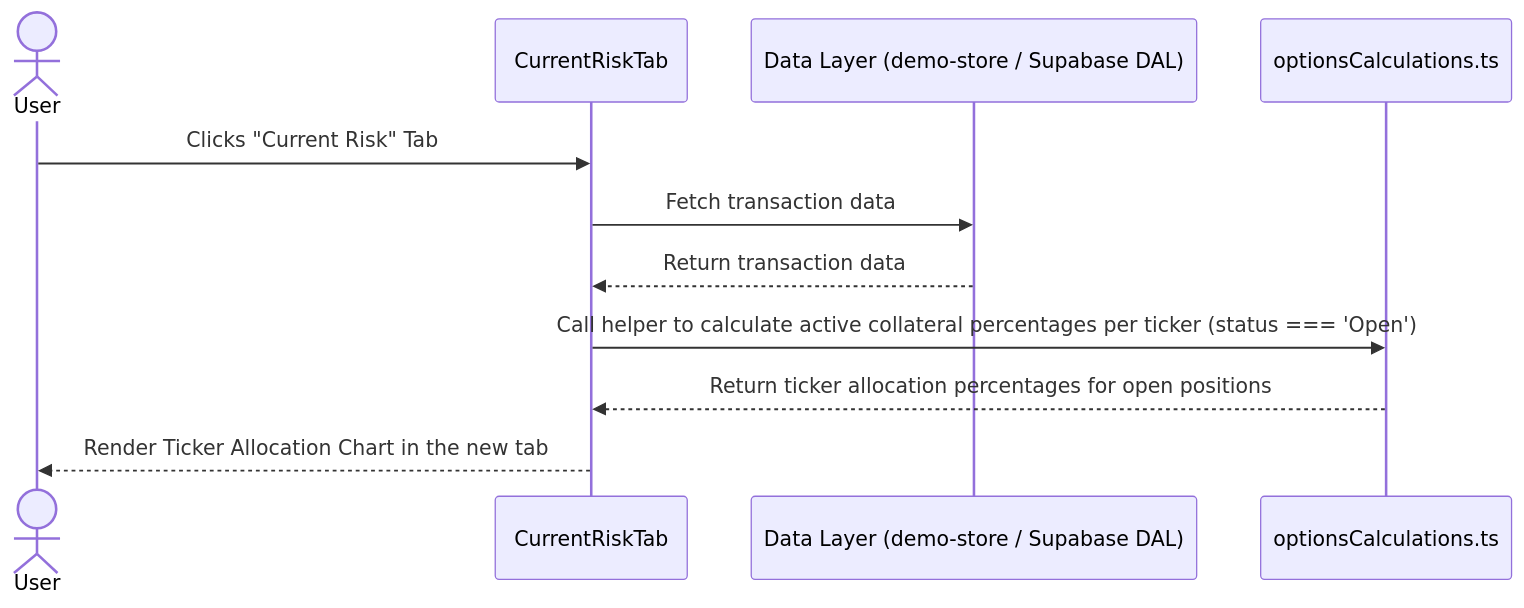
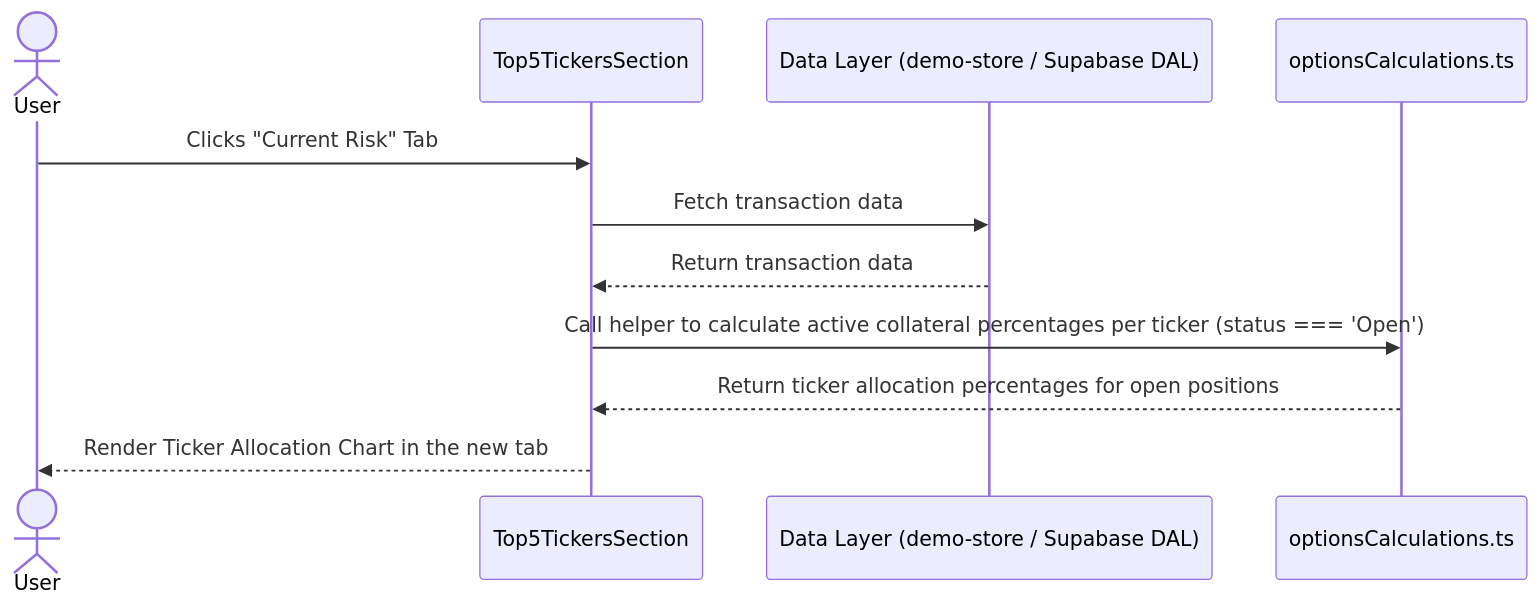
The diagram in options-bookie/.agent/oracle/2026-03-12-underlying-asset-exposure.md (MankalMR/OptionsBookie), drawn with Mermaid before and after one commit.

Commit message:
chore(oracle): Rename directory strategist to oracle
Migrate the feature ticket for Underlying Asset Exposure from `.agent/strategist` to `.agent/oracle` to correctly align with the agent's name. This performs a proper git move to delete the original file and preserve its history in the new location.

````diff
--- a/options-bookie/.agent/oracle/2026-03-12-underlying-asset-exposure.md
+++ b/options-bookie/.agent/oracle/2026-03-12-underlying-asset-exposure.md
@@ -49,14 +49,14 @@
 ```mermaid
 sequenceDiagram
     actor User
-    participant UI as CurrentRiskTab
+    participant UI as Top5TickersSection
     participant Store as Data Layer (demo-store / Supabase DAL)
     participant Utils as optionsCalculations.ts
 
     User->>UI: Clicks "Current Risk" Tab
     UI->>Store: Fetch transaction data
     Store-->>UI: Return transaction data
     UI->>Utils: Call helper to calculate active collateral percentages per ticker (status === 'Open')
     Utils-->>UI: Return ticker allocation percentages for open positions
     UI-->>User: Render Ticker Allocation Chart in the new tab
 ```
````
